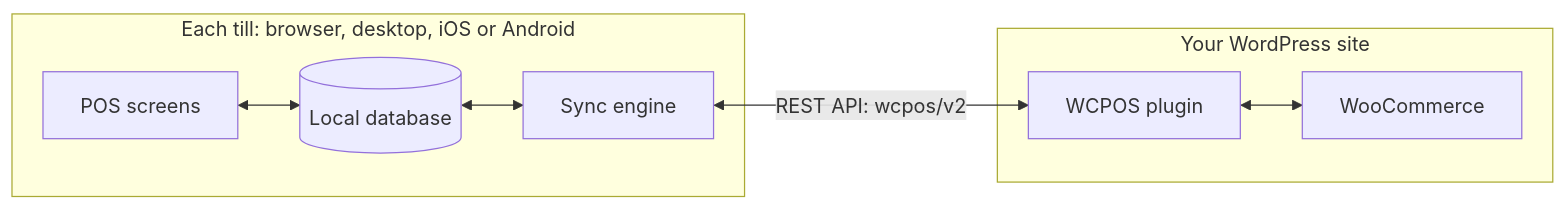
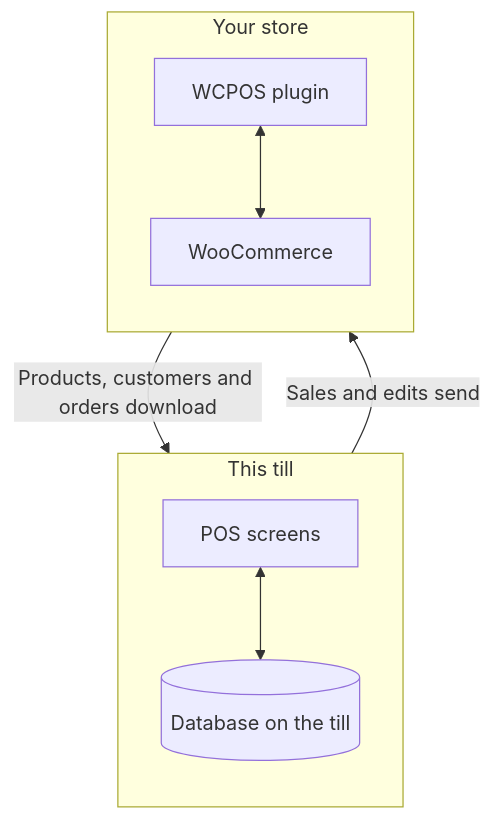
The diagram in versioned_docs/version-2.x/reference/architecture.mdx (wcpos/docs), drawn with Mermaid before and after one commit. The commit also changed other lines of this file, not shown here.

Commit message:
docs(2.x): Architecture r2: developer detail in disclosures, vertical diagram, one offline boundary

````diff
--- a/versioned_docs/version-2.x/reference/architecture.mdx
+++ b/versioned_docs/version-2.x/reference/architecture.mdx
@@ -15,11 +15,13 @@
 ```mermaid
-flowchart LR
-  subgraph till["Each till: browser, desktop, iOS or Android"]
-    screens["POS screens"] <--> db[("Local database")]
-    db <--> engine["Sync engine"]
+flowchart TB
+  subgraph till["This till"]
+    direction TB
+    screens["POS screens"] <--> db[("Database on the till")]
   end
-  subgraph site["Your WordPress site"]
+  subgraph site["Your store"]
+    direction TB
     plugin["WCPOS plugin"] <--> woo["WooCommerce"]
   end
-  engine <-->|"REST API: wcpos/v2"| plugin
+  plugin -->|"Products, customers and orders download"| db
+  db -->|"Sales and edits send"| plugin
 ```
````
